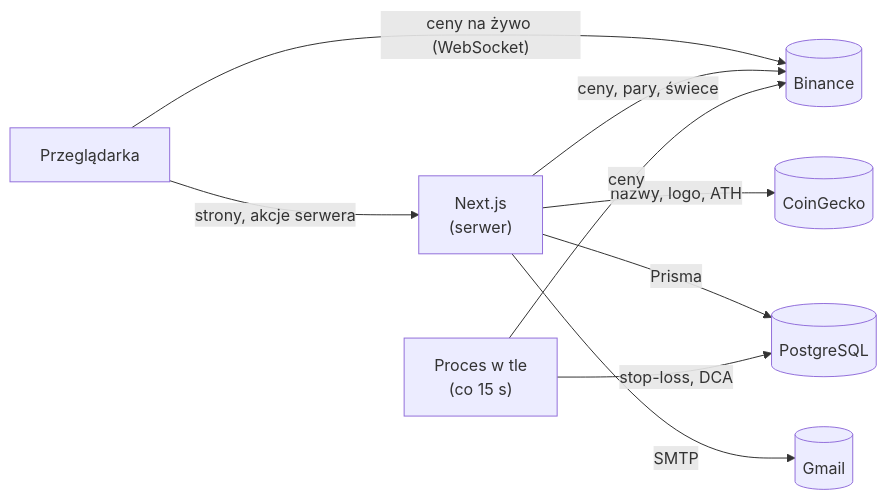
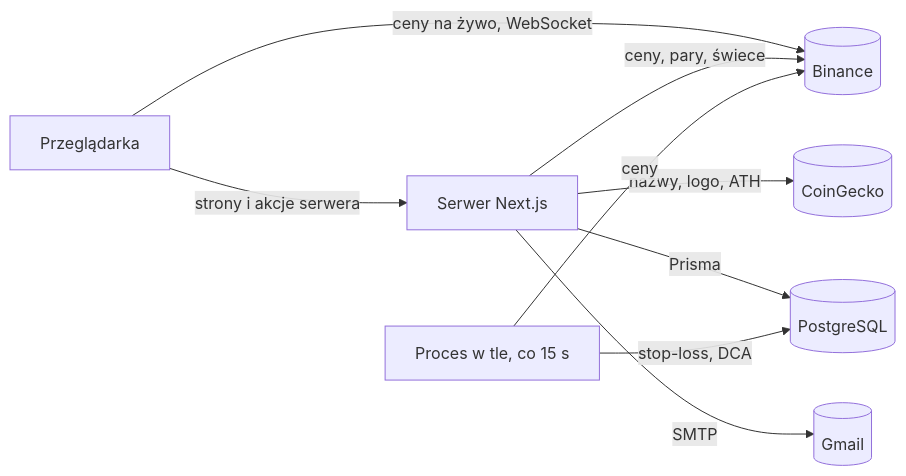
The diagram in README.md (gitbozydar/crypto-sandbox), drawn with Mermaid before and after one commit.

Commit message:
README: diagram architektury w składni obsługiwanej przez GitHub

````diff
--- a/README.md
+++ b/README.md
@@ -60,11 +60,19 @@
 ```mermaid
 flowchart LR
-  Browser["Przeglądarka"] -- "strony, akcje serwera" --> Next["Next.js<br/>(serwer)"]
-  Browser -- "ceny na żywo (WebSocket)" --> Binance[("Binance")]
-  Next -- "ceny, pary, świece" --> Binance
-  Next -- "nazwy, logo, ATH" --> CoinGecko[("CoinGecko")]
-  Next -- "Prisma" --> DB[("PostgreSQL")]
-  Jobs["Proces w tle<br/>(co 15 s)"] -- "stop-loss, DCA" --> DB
-  Jobs -- "ceny" --> Binance
-  Next -- "SMTP" --> Mail[("Gmail")]
+    browser["Przeglądarka"]
+    server["Serwer Next.js"]
+    jobs["Proces w tle, co 15 s"]
+    binance[("Binance")]
+    coingecko[("CoinGecko")]
+    db[("PostgreSQL")]
+    gmail[("Gmail")]
+
+    browser -->|"strony i akcje serwera"| server
+    browser -->|"ceny na żywo, WebSocket"| binance
+    server -->|"ceny, pary, świece"| binance
+    server -->|"nazwy, logo, ATH"| coingecko
+    server -->|"Prisma"| db
+    server -->|"SMTP"| gmail
+    jobs -->|"stop-loss, DCA"| db
+    jobs -->|"ceny"| binance
 ```
````
